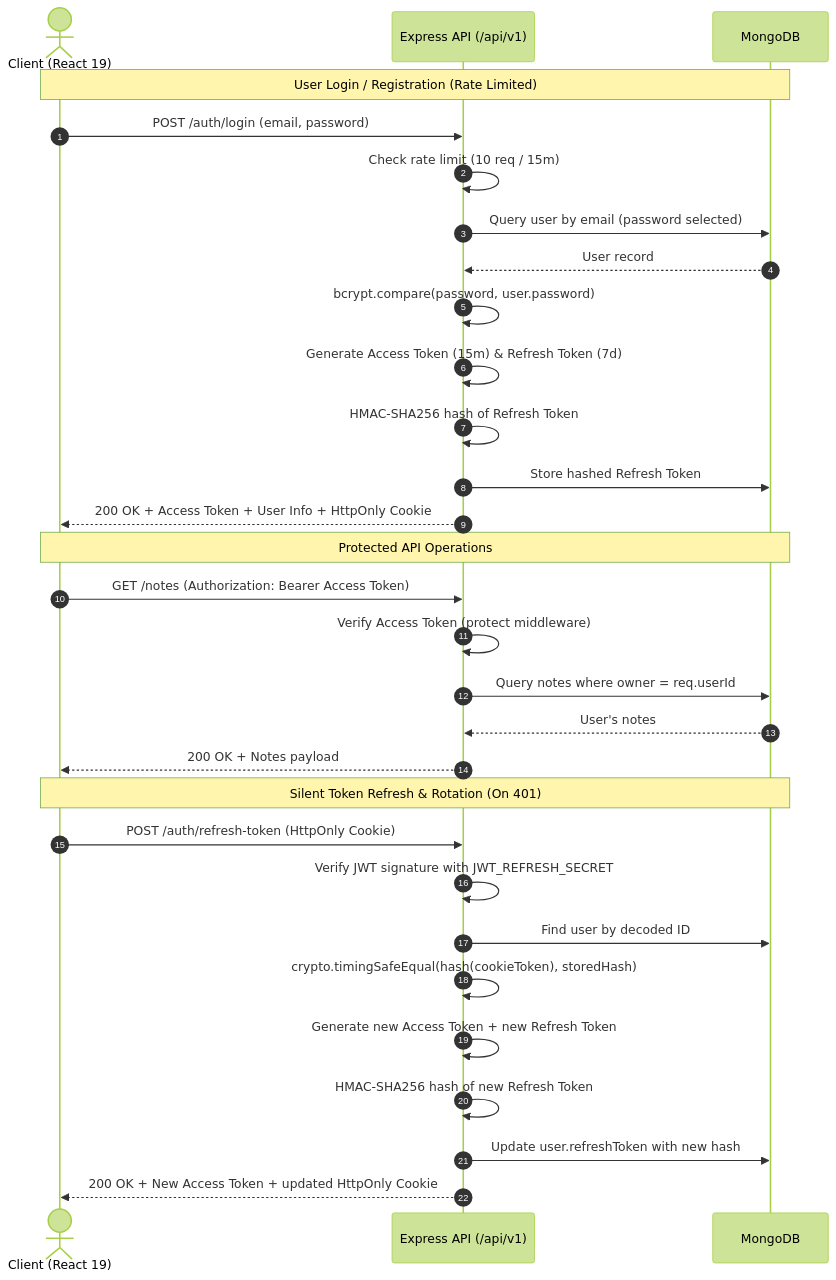
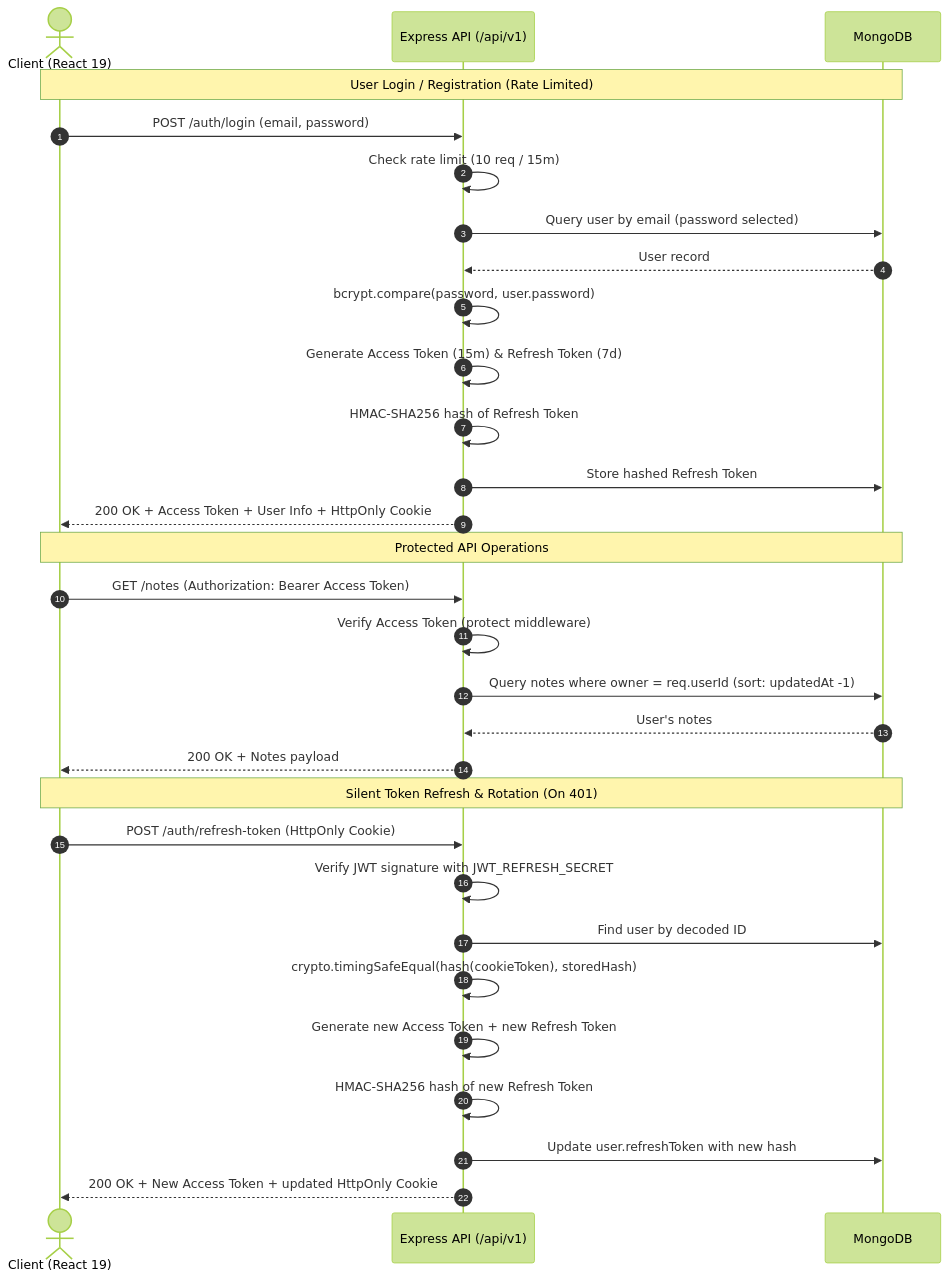
One commit to shivamkumartech/NoteNest changed the diagram in README.md. Above: the diagram before and after it, drawn with Mermaid (forest theme). The commit also changed other lines of this file and 21 other files, not shown here.

````diff
--- a/README.md
+++ b/README.md
@@ -72,35 +78,35 @@
 ```mermaid
 sequenceDiagram
     autonumber
     actor User as Client (React 19)
     participant API as Express API (/api/v1)
     participant DB as MongoDB
 
     Note over User,DB: User Login / Registration (Rate Limited)
     User->>API: POST /auth/login (email, password)
     API->>API: Check rate limit (10 req / 15m)
     API->>DB: Query user by email (password selected)
     DB-->>API: User record
     API->>API: bcrypt.compare(password, user.password)
     API->>API: Generate Access Token (15m) & Refresh Token (7d)
     API->>API: HMAC-SHA256 hash of Refresh Token
     API->>DB: Store hashed Refresh Token
     API-->>User: 200 OK + Access Token + User Info + HttpOnly Cookie
 
     Note over User,DB: Protected API Operations
     User->>API: GET /notes (Authorization: Bearer Access Token)
     API->>API: Verify Access Token (protect middleware)
-    API->>DB: Query notes where owner = req.userId
+    API->>DB: Query notes where owner = req.userId (sort: updatedAt -1)
     DB-->>API: User's notes
     API-->>User: 200 OK + Notes payload
 
     Note over User,DB: Silent Token Refresh & Rotation (On 401)
     User->>API: POST /auth/refresh-token (HttpOnly Cookie)
     API->>API: Verify JWT signature with JWT_REFRESH_SECRET
     API->>DB: Find user by decoded ID
     API->>API: crypto.timingSafeEqual(hash(cookieToken), storedHash)
     API->>API: Generate new Access Token + new Refresh Token
     API->>API: HMAC-SHA256 hash of new Refresh Token
     API->>DB: Update user.refreshToken with new hash
     API-->>User: 200 OK + New Access Token + updated HttpOnly Cookie
 ```
````
